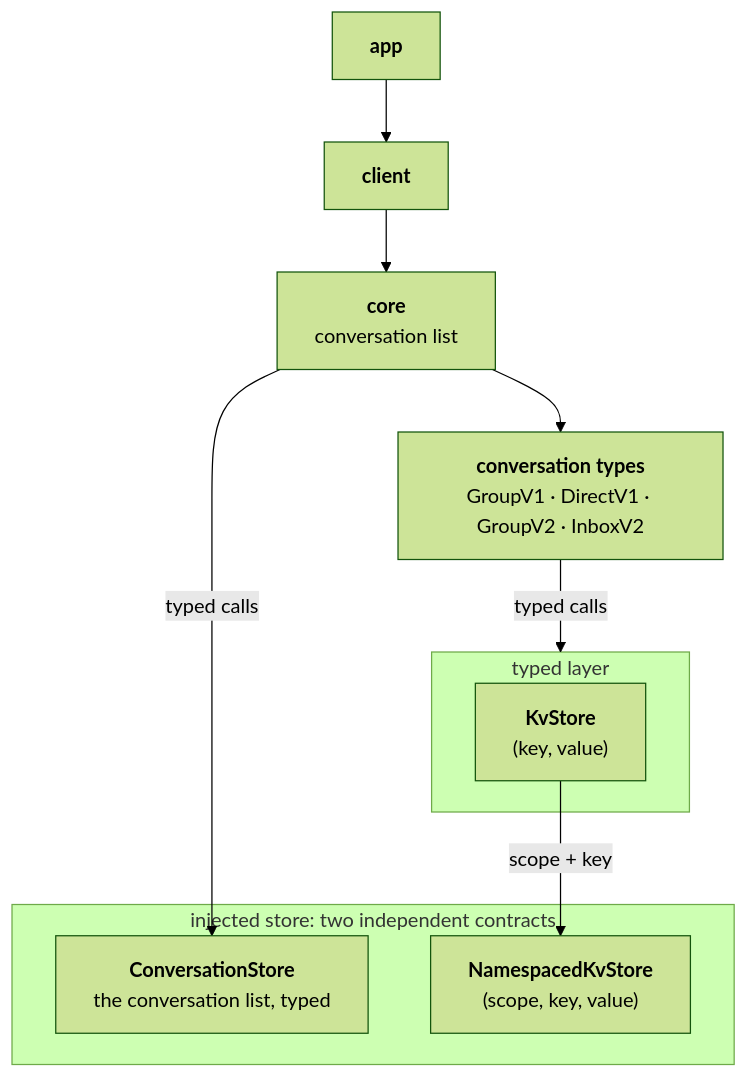
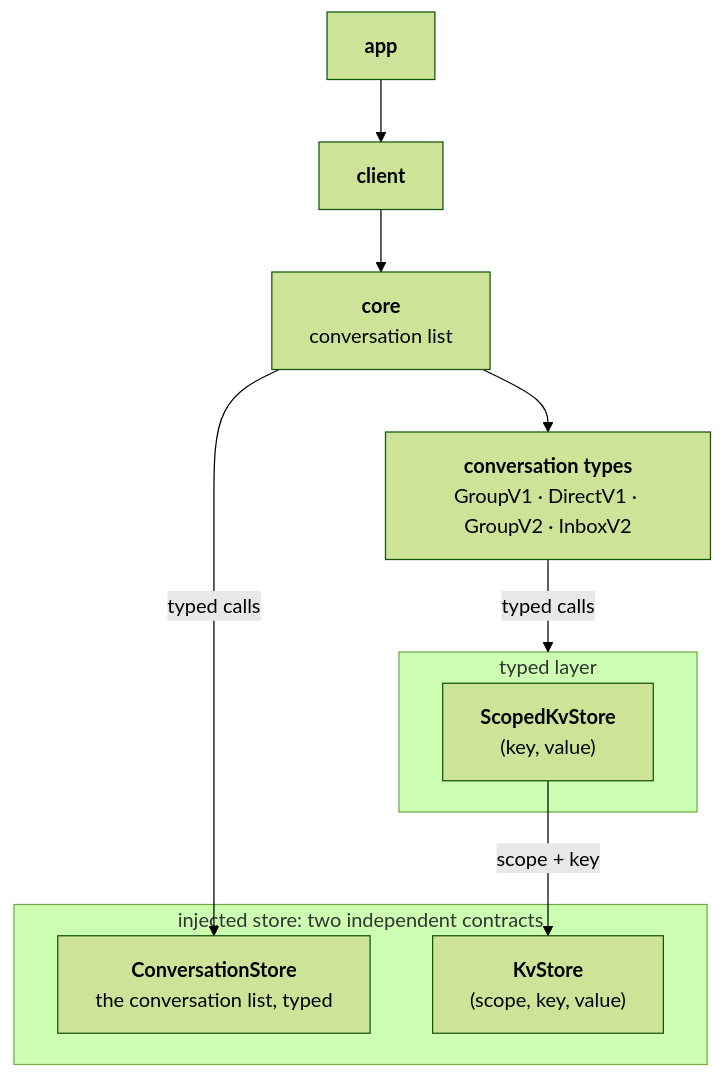
Before and after one commit to logos-messaging/logos-chat: the diagram in docs/adr/0002-storage-architecture.md, drawn with Mermaid (forest theme). The commit also changed other lines of this file and 6 other files, not shown here.

First line of the commit message:
feat(storage): add the scoped key-value substrate contract

````diff
--- a/docs/adr/0002-storage-architecture.md
+++ b/docs/adr/0002-storage-architecture.md
@@ -29,23 +29,23 @@
 ```mermaid
 flowchart TB
     App["<b>app</b>"]
     Client["<b>client</b>"]
     Core["<b>core</b><br/>conversation list"]
     Types["<b>conversation types</b><br/>GroupV1 · DirectV1 · GroupV2 · InboxV2"]
 
     subgraph Typed["typed layer"]
-        KV["<b>KvStore</b><br/>(key, value)"]
+        KV["<b>ScopedKvStore</b><br/>(key, value)"]
     end
 
     subgraph Store["injected store: two independent contracts"]
         CS["<b>ConversationStore</b><br/>the conversation list, typed"]
-        NKV["<b>NamespacedKvStore</b><br/>(scope, key, value)"]
+        NKV["<b>KvStore</b><br/>(scope, key, value)"]
     end
 
     App --> Client
     Client --> Core
     Core --> Types
     Core -- "typed calls" --> CS
     Types -- "typed calls" --> Typed
     KV -- "scope + key" --> NKV
 ```
````
